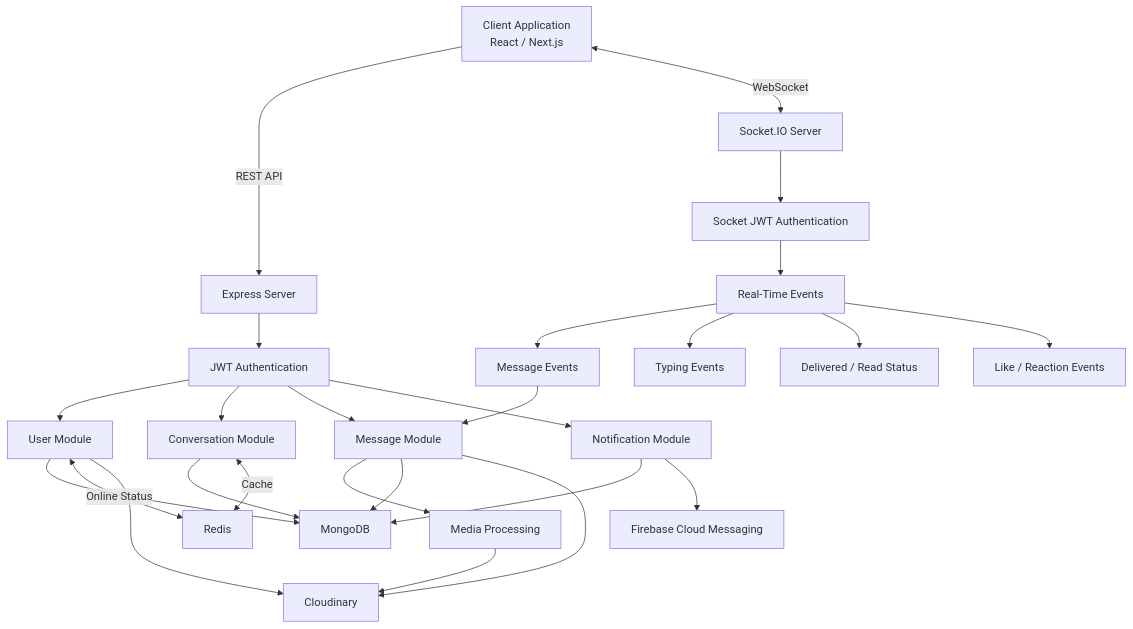
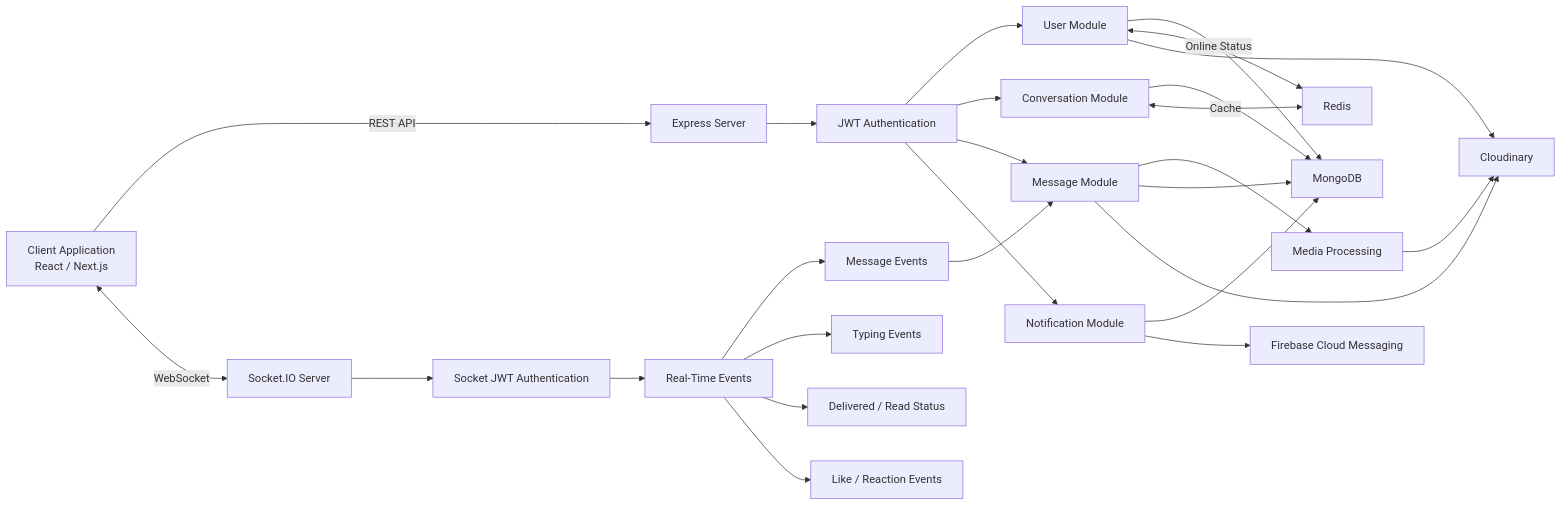
One commit to Aminulhoque01/cha-application-backend changed the first of 17 diagrams in README.md. Above: the diagram before and after it, drawn with Mermaid.

````diff
--- a/README.md
+++ b/README.md
@@ -113,49 +113,49 @@
 ```mermaid
-flowchart TB
+flowchart LR
 
     Client["Client Application<br/>React / Next.js"]
 
     Client -->|REST API| Express
     Client <-->|WebSocket| Socket
 
     Express["Express Server"]
     Socket["Socket.IO Server"]
 
     Express --> Auth["JWT Authentication"]
     Socket --> SocketAuth["Socket JWT Authentication"]
 
     Auth --> User["User Module"]
     Auth --> Conversation["Conversation Module"]
     Auth --> Message["Message Module"]
     Auth --> Notification["Notification Module"]
 
     SocketAuth --> Realtime["Real-Time Events"]
 
     Realtime --> MessageEvents["Message Events"]
     Realtime --> Typing["Typing Events"]
     Realtime --> Status["Delivered / Read Status"]
     Realtime --> Reactions["Like / Reaction Events"]
 
     MessageEvents --> Message
 
     Message --> Media["Media Processing"]
 
     User --> MongoDB
     Conversation --> MongoDB
     Message --> MongoDB
     Notification --> MongoDB
 
     Conversation <-->|Cache| Redis
     User <-->|Online Status| Redis
 
     Message --> Cloudinary
     User --> Cloudinary
     Media --> Cloudinary
 
     Notification --> Push["Push Notification Service"]
 
     MongoDB["MongoDB"]
     Redis["Redis"]
     Cloudinary["Cloudinary"]
     Push["Firebase Cloud Messaging"]
 ```
````
